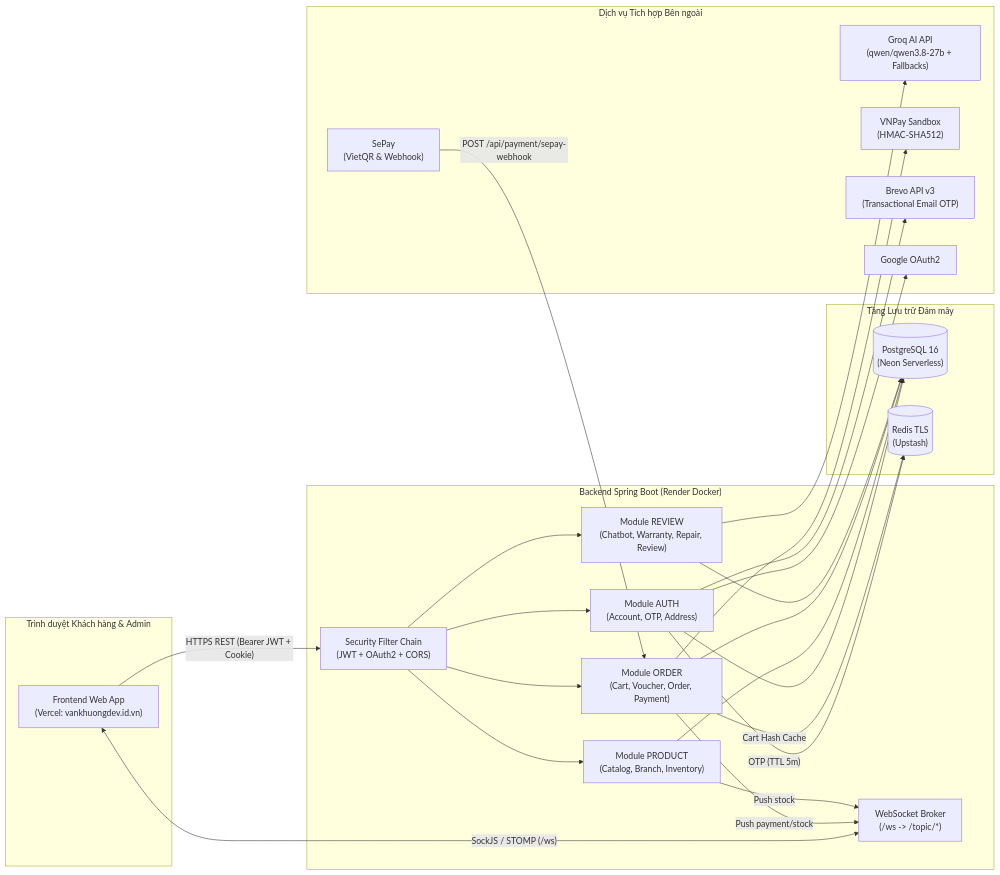
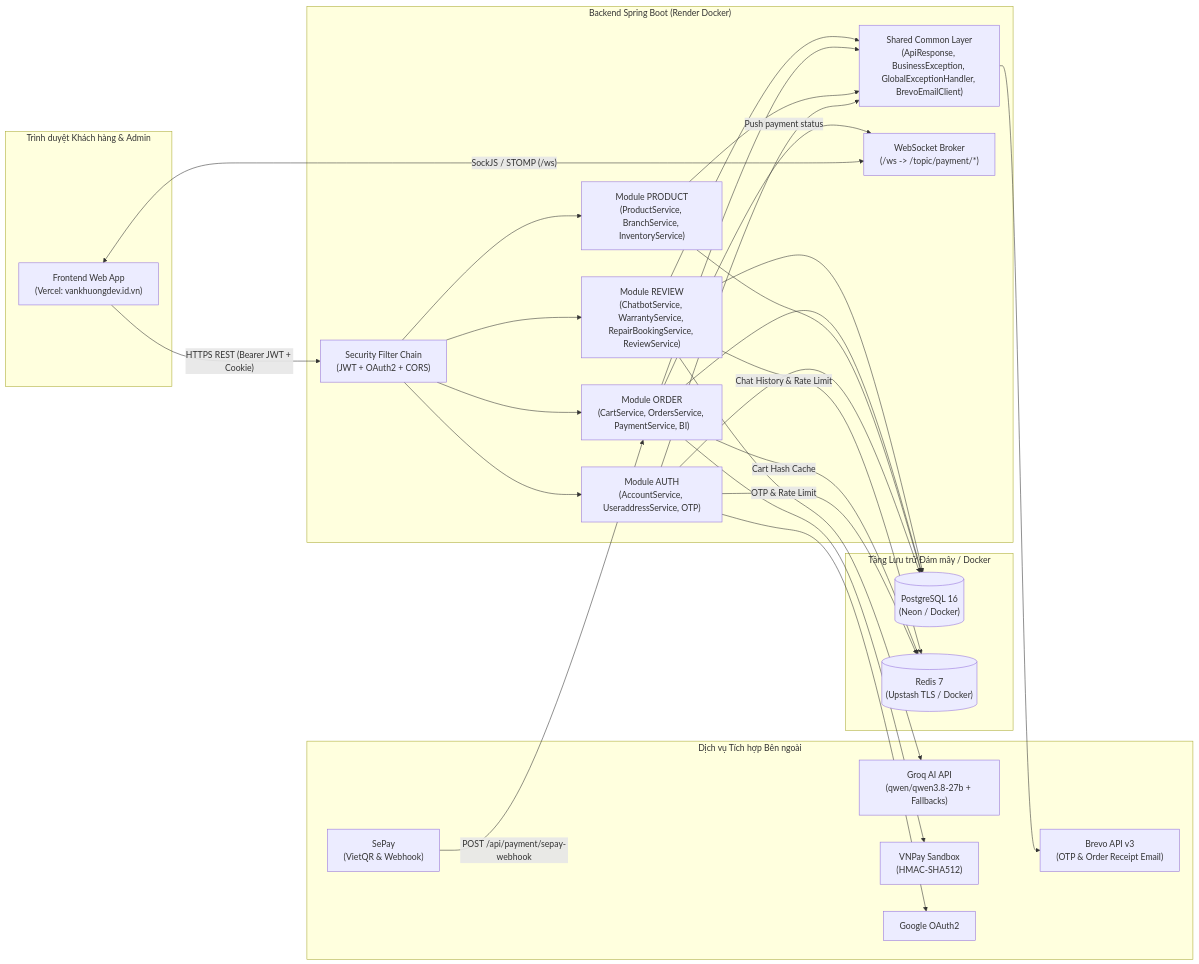
The diagram in doc/01-kien-truc-he-thong.md (vankhuong-ui/BE_Computer), drawn with Mermaid before and after one commit. The commit also changed other lines of this file and 8 other files, not shown here.

````diff
--- a/doc/01-kien-truc-he-thong.md
+++ b/doc/01-kien-truc-he-thong.md
@@ -5,43 +5,46 @@
 ```mermaid
 flowchart LR
     subgraph Client["Trình duyệt Khách hàng & Admin"]
         FE["Frontend Web App<br/>(Vercel: vankhuongdev.id.vn)"]
     end
 
     subgraph Backend["Backend Spring Boot (Render Docker)"]
         SEC["Security Filter Chain<br/>(JWT + OAuth2 + CORS)"]
-        MOD_AUTH["Module AUTH<br/>(Account, OTP, Address)"]
-        MOD_PROD["Module PRODUCT<br/>(Catalog, Branch, Inventory)"]
-        MOD_ORD["Module ORDER<br/>(Cart, Voucher, Order, Payment)"]
-        MOD_REV["Module REVIEW<br/>(Chatbot, Warranty, Repair, Review)"]
-        WS["WebSocket Broker<br/>(/ws -> /topic/*)"]
+        COMMON["Shared Common Layer<br/>(ApiResponse, BusinessException, GlobalExceptionHandler, BrevoEmailClient)"]
+        MOD_AUTH["Module AUTH<br/>(AccountService, UseraddressService, OTP)"]
+        MOD_PROD["Module PRODUCT<br/>(ProductService, BranchService, InventoryService)"]
+        MOD_ORD["Module ORDER<br/>(CartService, OrdersService, PaymentService, BI)"]
+        MOD_REV["Module REVIEW<br/>(ChatbotService, WarrantyService, RepairBookingService, ReviewService)"]
+        WS["WebSocket Broker<br/>(/ws -> /topic/payment/*)"]
     end
 
-    subgraph Data["Tầng Lưu trữ Đám mây"]
-        PG[("PostgreSQL 16<br/>(Neon Serverless)")]
-        RD[("Redis TLS<br/>(Upstash)")]
+    subgraph Data["Tầng Lưu trữ Đám mây / Docker"]
+        PG[("PostgreSQL 16<br/>(Neon / Docker)")]
+        RD[("Redis 7<br/>(Upstash TLS / Docker)")]
     end
 
     subgraph External["Dịch vụ Tích hợp Bên ngoài"]
         GROQ["Groq AI API<br/>(qwen/qwen3.8-27b + Fallbacks)"]
         SEPAY["SePay<br/>(VietQR & Webhook)"]
         VNPAY["VNPay Sandbox<br/>(HMAC-SHA512)"]
-        BREVO["Brevo API v3<br/>(Transactional Email OTP)"]
+        BREVO["Brevo API v3<br/>(OTP & Order Receipt Email)"]
         GOOGLE["Google OAuth2"]
     end
 
     FE -- "HTTPS REST (Bearer JWT + Cookie)" --> SEC
     FE <-- "SockJS / STOMP (/ws)" --> WS
     SEC --> MOD_AUTH & MOD_PROD & MOD_ORD & MOD_REV
+    MOD_AUTH & MOD_PROD & MOD_ORD & MOD_REV --> COMMON
 
     MOD_AUTH & MOD_PROD & MOD_ORD & MOD_REV --> PG
-    MOD_AUTH -- "OTP (TTL 5m)" --> RD
+    MOD_AUTH -- "OTP & Rate Limit" --> RD
     MOD_ORD -- "Cart Hash Cache" --> RD
+    MOD_REV -- "Chat History & Rate Limit" --> RD
 
-    MOD_AUTH --> BREVO & GOOGLE
+    COMMON --> BREVO
+    MOD_AUTH --> GOOGLE
     MOD_ORD --> VNPAY
     SEPAY -- "POST /api/payment/sepay-webhook" --> MOD_ORD
-    MOD_ORD -- "Push payment/stock" --> WS
-    MOD_PROD -- "Push stock" --> WS
+    MOD_ORD -- "Push payment status" --> WS
     MOD_REV --> GROQ
 ```
````
